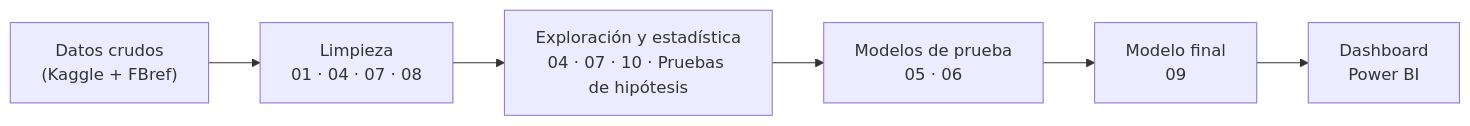
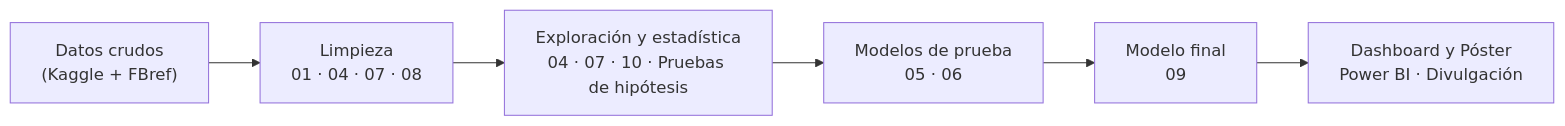
One commit to GzzAlejandro/proyecto-integrador-laliga changed the diagram in README.md. Above: the diagram before and after it, drawn with Mermaid. The commit also changed other lines of this file and 14 other files, not shown here.

````diff
--- a/README.md
+++ b/README.md
@@ -24,8 +26,8 @@
 ```mermaid
 flowchart LR
     A["Datos crudos<br/>(Kaggle + FBref)"] --> B["Limpieza<br/>01 · 04 · 07 · 08"]
     B --> C["Exploración y estadística<br/>04 · 07 · 10 · Pruebas de hipótesis"]
     C --> D["Modelos de prueba<br/>05 · 06"]
     D --> E["Modelo final<br/>09"]
-    E --> F["Dashboard<br/>Power BI"]
+    E --> F["Dashboard y Póster<br/>Power BI · Divulgación"]
 ```
````
